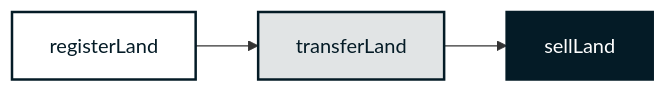
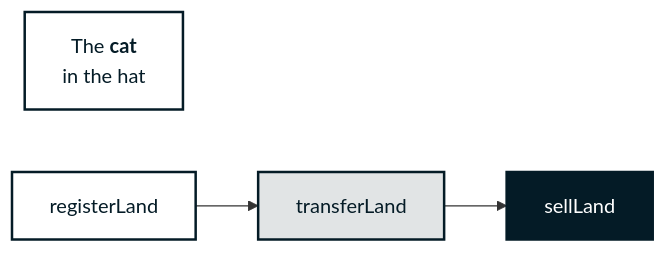
The diagram in README.md (block-foundation/solidity-land-registry), drawn with Mermaid before and after one commit.

````diff
--- a/README.md
+++ b/README.md
@@ -118,7 +118,12 @@
 ``` mermaid
 flowchart LR
+
+    a["`The **cat**
+in the hat`"]:::class_light
+
+
     registerLand:::class_light --> transferLand:::class_neutral --> sellLand:::class_dark
     classDef class_light fill:#FFFFFF,color:#041B26,stroke:#041B26,stroke-width:2px;
     classDef class_neutral fill:#E1E4E5,color:#041B26,stroke:#041B26,stroke-width:2px;
     classDef class_dark fill:#041B26,color:#FFFFFF,stroke:#041B26,stroke-width:2px;
 ```
````
